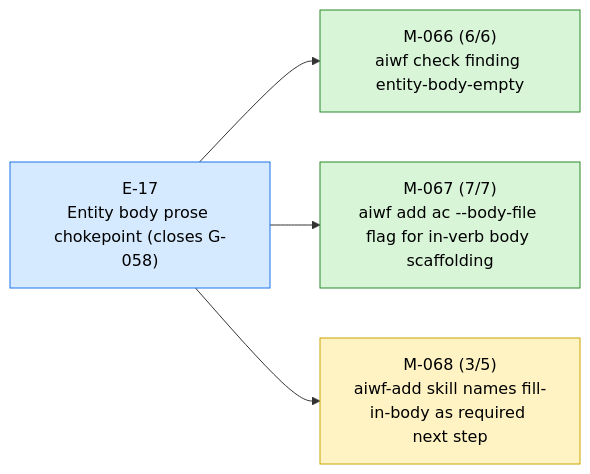
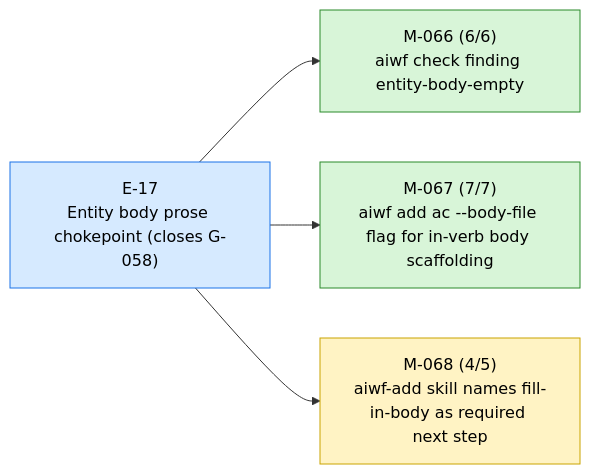
The first of 4 diagrams in STATUS.md (23min/aiwf), drawn with Mermaid before and after one commit. The commit also changed other lines of this file and 1 other file, not shown here.

First line of the commit message:
aiwf promote M-068/AC-4 open -> met

````diff
--- a/STATUS.md
+++ b/STATUS.md
@@ -13,16 +13,16 @@
 ```mermaid
 flowchart LR
   E_17["E-17<br/>Entity body prose chokepoint (closes G-058)"]:::epic_active
   M_066["M-066 (6/6)<br/>aiwf check finding entity-body-empty"]:::ms_done
   E_17 --> M_066
   M_067["M-067 (7/7)<br/>aiwf add ac --body-file flag for in-verb body scaffolding"]:::ms_done
   E_17 --> M_067
-  M_068["M-068 (3/5)<br/>aiwf-add skill names fill-in-body as required next step"]:::ms_in_progress
+  M_068["M-068 (4/5)<br/>aiwf-add skill names fill-in-body as required next step"]:::ms_in_progress
   E_17 --> M_068
   classDef epic_active fill:#d6eaff,stroke:#1a73e8,color:#000
   classDef epic_proposed fill:#f4f4f4,stroke:#888,color:#000
   classDef ms_done fill:#d8f5d8,stroke:#2a8a2a,color:#000
   classDef ms_in_progress fill:#fff3c4,stroke:#caa400,color:#000
   classDef ms_draft fill:#f4f4f4,stroke:#888,color:#000
   classDef ms_cancelled fill:#fbeaea,stroke:#c33,color:#000
 ```
````
